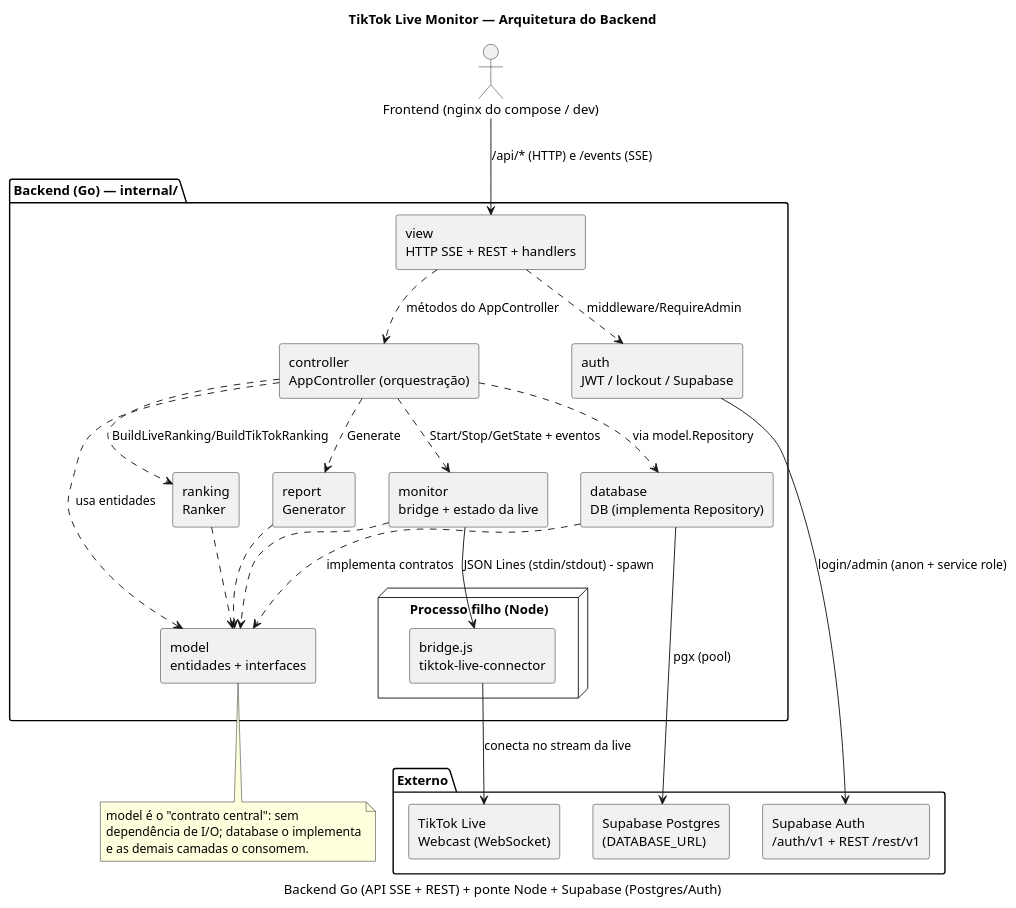
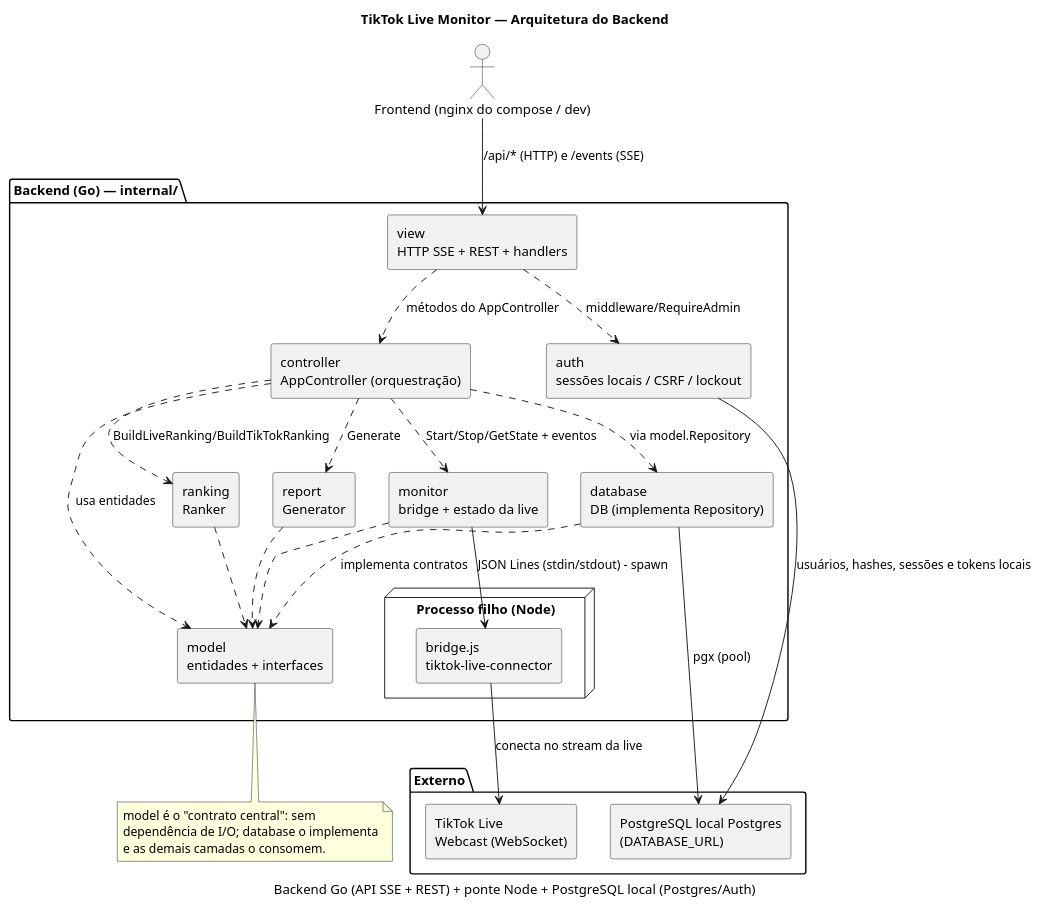
Before and after one commit to thiagohmm/tiktokLiveMonitor: the diagram in docs/backend/diagrams/00-arquitetura.puml, drawn with PlantUML. The commit also changed 95 other files, not shown here.

First line of the commit message:
feat: autenticação local no VPS com equipes e migração sem Supabase.

```diff
--- a/docs/backend/diagrams/00-arquitetura.puml
+++ b/docs/backend/diagrams/00-arquitetura.puml
@@ -1,64 +1,63 @@
 @startuml
 ' 00-arquitetura.puml — Visão geral da arquitetura do backend
 title TikTok Live Monitor — Arquitetura do Backend
-caption Backend Go (API SSE + REST) + ponte Node + Supabase (Postgres/Auth)
+caption Backend Go (API SSE + REST) + ponte Node + PostgreSQL local (Postgres/Auth)
 
 skinparam componentStyle rectangle
 skinparam defaultFontName "Helvetica"
 
 actor "Frontend (nginx do compose / dev)" as FE
 
 package "Backend (Go) — internal/" {
     component "view\nHTTP SSE + REST + handlers" as VIEW
     component "controller\nAppController (orquestração)" as CTRL
     component "monitor\nbridge + estado da live" as MON
     component "ranking\nRanker" as RANK
     component "report\nGenerator" as REP
-    component "auth\nJWT / lockout / Supabase" as AUTH
+    component "auth\nsessões locais / CSRF / lockout" as AUTH
     component "database\nDB (implementa Repository)" as DB
     component "model\nentidades + interfaces" as MODEL
 
     node "Processo filho (Node)" {
         component "bridge.js\ntiktok-live-connector" as BRIDGE
     }
 }
 
 package "Externo" {
-    component "Supabase Auth\n/auth/v1 + REST /rest/v1" as SUPAUTH
-    component "Supabase Postgres\n(DATABASE_URL)" as SUPAPG
+    component "PostgreSQL local Postgres\n(DATABASE_URL)" as SUPAPG
     component "TikTok Live\nWebcast (WebSocket)" as TIKTOK
 }
 
 ' Camadas internas (dependência estrutural)
 VIEW ..> CTRL : métodos do AppController
 CTRL ..> MON : Start/Stop/GetState + eventos
 CTRL ..> DB : via model.Repository
 CTRL ..> RANK : BuildLiveRanking/BuildTikTokRanking
 CTRL ..> REP : Generate
 DB ..> MODEL : implementa contratos
 CTRL ..> MODEL : usa entidades
 RANK ..> MODEL
 REP ..> MODEL
 MON ..> MODEL
 
 ' Fluxo de dados principal
 FE -down-> VIEW : /api/* (HTTP) e /events (SSE)
 
 ' ponte Node (processo filho gerenciado pelo monitor)
 MON -down-> BRIDGE : JSON Lines (stdin/stdout) - spawn
 BRIDGE -down-> TIKTOK : conecta no stream da live
 
 ' persistência
 DB -right-> SUPAPG : pgx (pool)
 
 ' autenticação
 VIEW ..> AUTH : middleware/RequireAdmin
-AUTH -right-> SUPAUTH : login/admin (anon + service role)
+AUTH -right-> SUPAPG : usuários, hashes, sessões e tokens locais
 
 note bottom of MODEL
   model é o "contrato central": sem
   dependência de I/O; database o implementa
   e as demais camadas o consomem.
 end note
 
 @enduml
```
